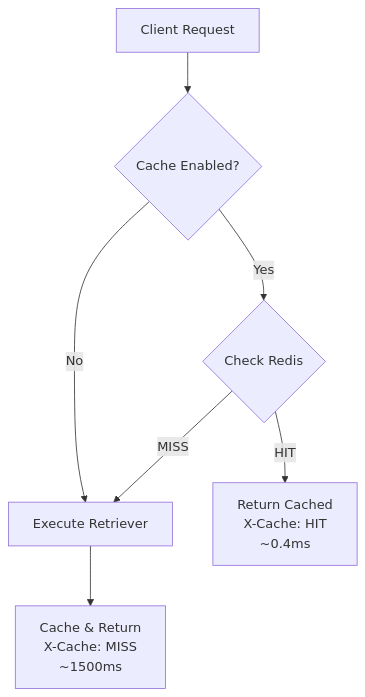
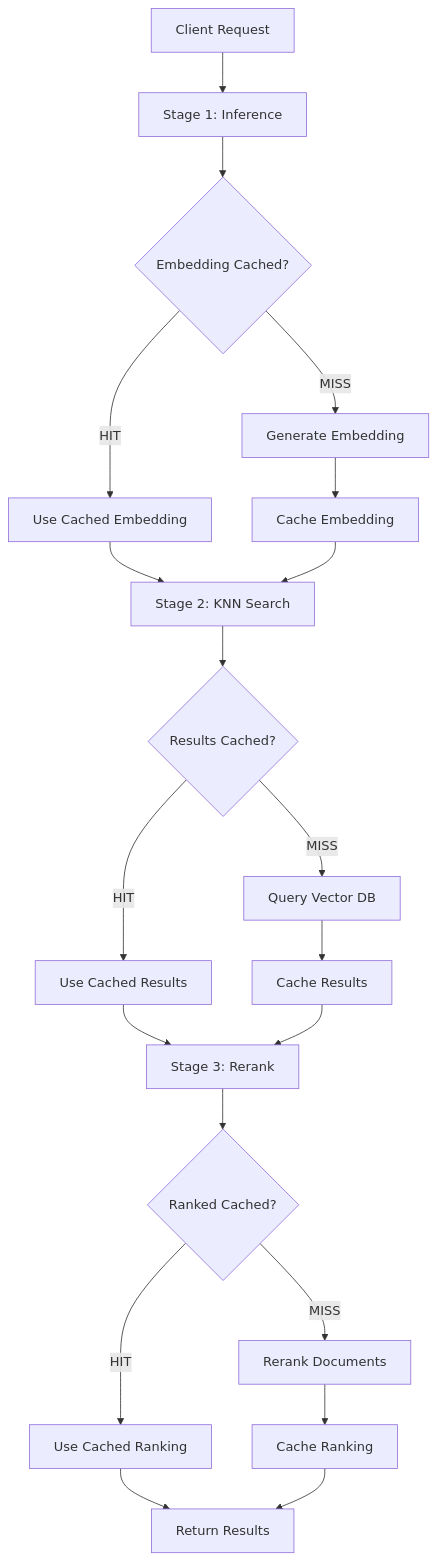
One commit to mixpeek/docs changed the diagram in overview/caching.mdx. Above: the diagram before and after it, drawn with Mermaid. The commit also changed other lines of this file, not shown here.

First line of the commit message:
Rewrite caching docs for per-stage architecture

````diff
--- a/overview/caching.mdx
+++ b/overview/caching.mdx
@@ -19,9 +19,22 @@
   ```mermaid
   graph TD
-    A[Client Request] --> B{Cache Enabled?}
-    B -->|Yes| C{Check Redis}
-    B -->|No| D[Execute Retriever]
-    C -->|HIT| E[Return Cached<br/>X-Cache: HIT<br/>~0.4ms]
-    C -->|MISS| D
-    D --> F[Cache & Return<br/>X-Cache: MISS<br/>~1500ms]
+    A[Client Request] --> B[Stage 1: Inference]
+    B --> C{Embedding Cached?}
+    C -->|HIT| D[Use Cached Embedding]
+    C -->|MISS| E[Generate Embedding]
+    E --> F[Cache Embedding]
+    D --> G[Stage 2: KNN Search]
+    F --> G
+    G --> H{Results Cached?}
+    H -->|HIT| I[Use Cached Results]
+    H -->|MISS| J[Query Vector DB]
+    J --> K[Cache Results]
+    I --> L[Stage 3: Rerank]
+    K --> L
+    L --> M{Ranked Cached?}
+    M -->|HIT| N[Use Cached Ranking]
+    M -->|MISS| O[Rerank Documents]
+    O --> P[Cache Ranking]
+    N --> Q[Return Results]
+    P --> Q
   ```
````
